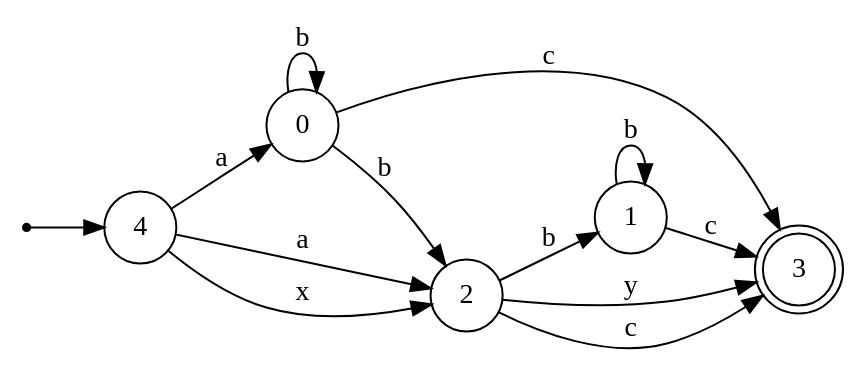
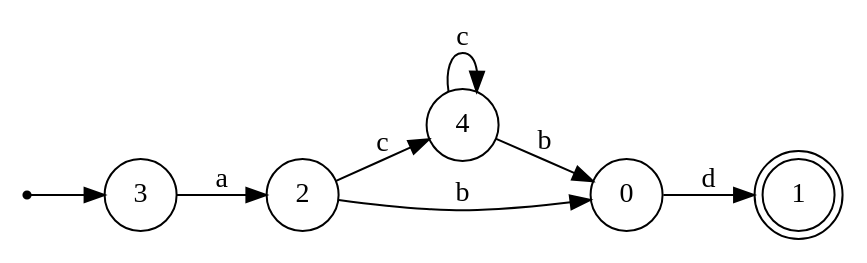
The diagram in minimized/left_right.gv (LeonardoDeFaveri/NFA-minimization), drawn with Graphviz before and after one commit. The commit also changed 83 other files, not shown here.

```diff
--- a/minimized/left_right.gv
+++ b/minimized/left_right.gv
@@ -1,22 +1,17 @@
 digraph {
 	rankdir = LR;
 	size = "30,20";
 	node [shape = point]; "dummy0"
-	node [shape = circle]; "4"
-	"dummy0" -> "4";
-	node [shape = circle]; "1";
+	node [shape = circle]; "3"
+	"dummy0" -> "3";
+	node [shape = circle]; "4";
+	node [shape = doublecircle]; "1";
 	node [shape = circle]; "0";
 	node [shape = circle]; "2";
-	node [shape = doublecircle]; "3";
-	"4" -> "2" [label = "a"];
-	"4" -> "0" [label = "a"];
-	"4" -> "2" [label = "x"];
-	"1" -> "1" [label = "b"];
-	"1" -> "3" [label = "c"];
-	"2" -> "3" [label = "y"];
-	"2" -> "1" [label = "b"];
-	"2" -> "3" [label = "c"];
-	"0" -> "2" [label = "b"];
-	"0" -> "0" [label = "b"];
-	"0" -> "3" [label = "c"];
+	"3" -> "2" [label = "a"];
+	"2" -> "4" [label = "c"];
+	"2" -> "0" [label = "b"];
+	"4" -> "4" [label = "c"];
+	"4" -> "0" [label = "b"];
+	"0" -> "1" [label = "d"];
 }
```
